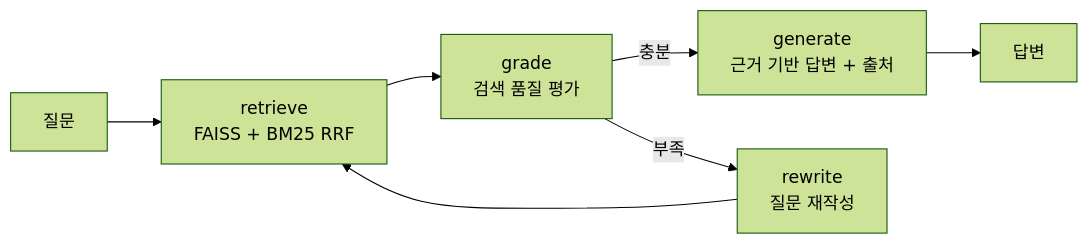
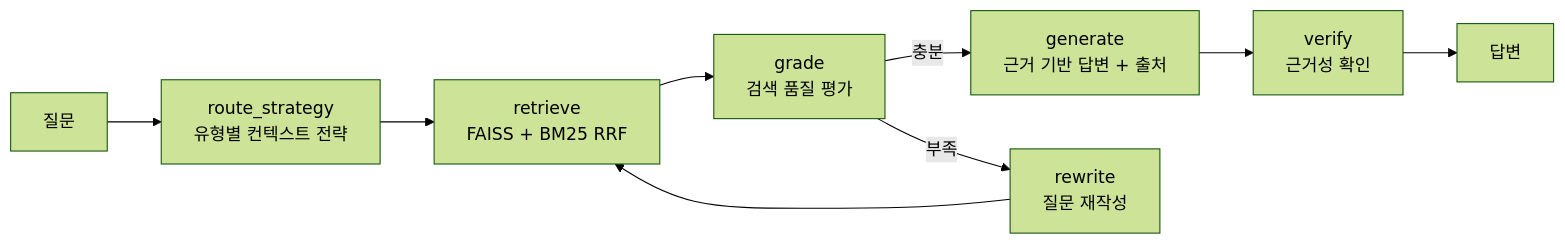
The first of 4 diagrams in README.md (ckc5800/rag-agent), drawn with Mermaid (forest theme) before and after one commit. The commit also changed other lines of this file and 3 other files, not shown here.

First line of the commit message:
graph: 유형 라우팅을 전역 config 변조 → route_strategy 노드로

````diff
--- a/README.md
+++ b/README.md
@@ -87,9 +87,11 @@
 ```mermaid
 graph LR
-    Q[질문] --> R[retrieve<br/>FAISS + BM25 RRF]
+    Q[질문] --> RS[route_strategy<br/>유형별 컨텍스트 전략]
+    RS --> R[retrieve<br/>FAISS + BM25 RRF]
     R --> G[grade<br/>검색 품질 평가]
     G -->|충분| GEN[generate<br/>근거 기반 답변 + 출처]
     G -->|부족| RW[rewrite<br/>질문 재작성]
     RW --> R
-    GEN --> A[답변]
+    GEN --> V[verify<br/>근거성 확인]
+    V --> A[답변]
 ```
````
